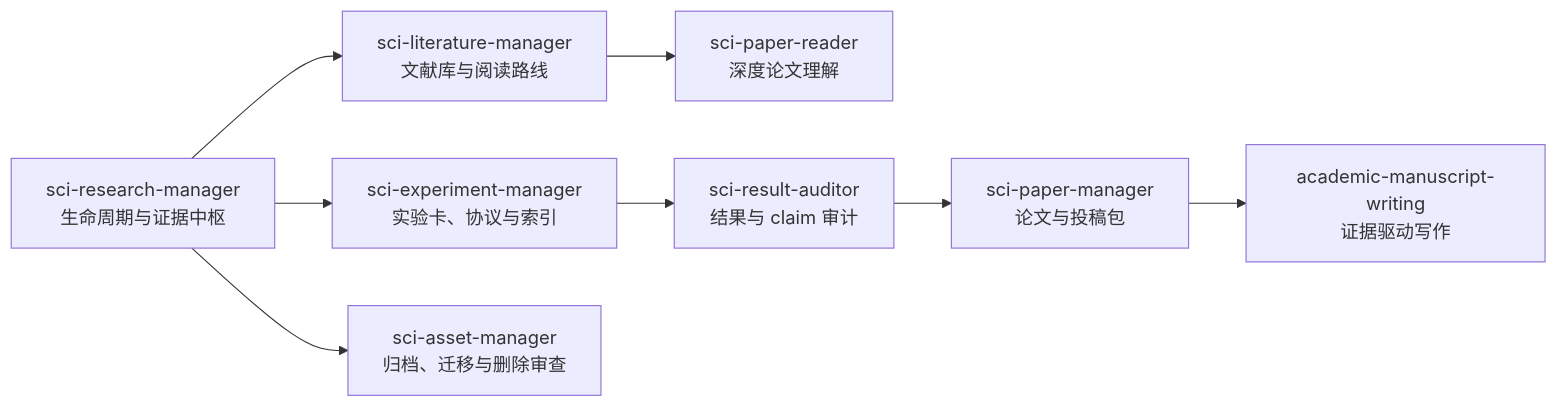
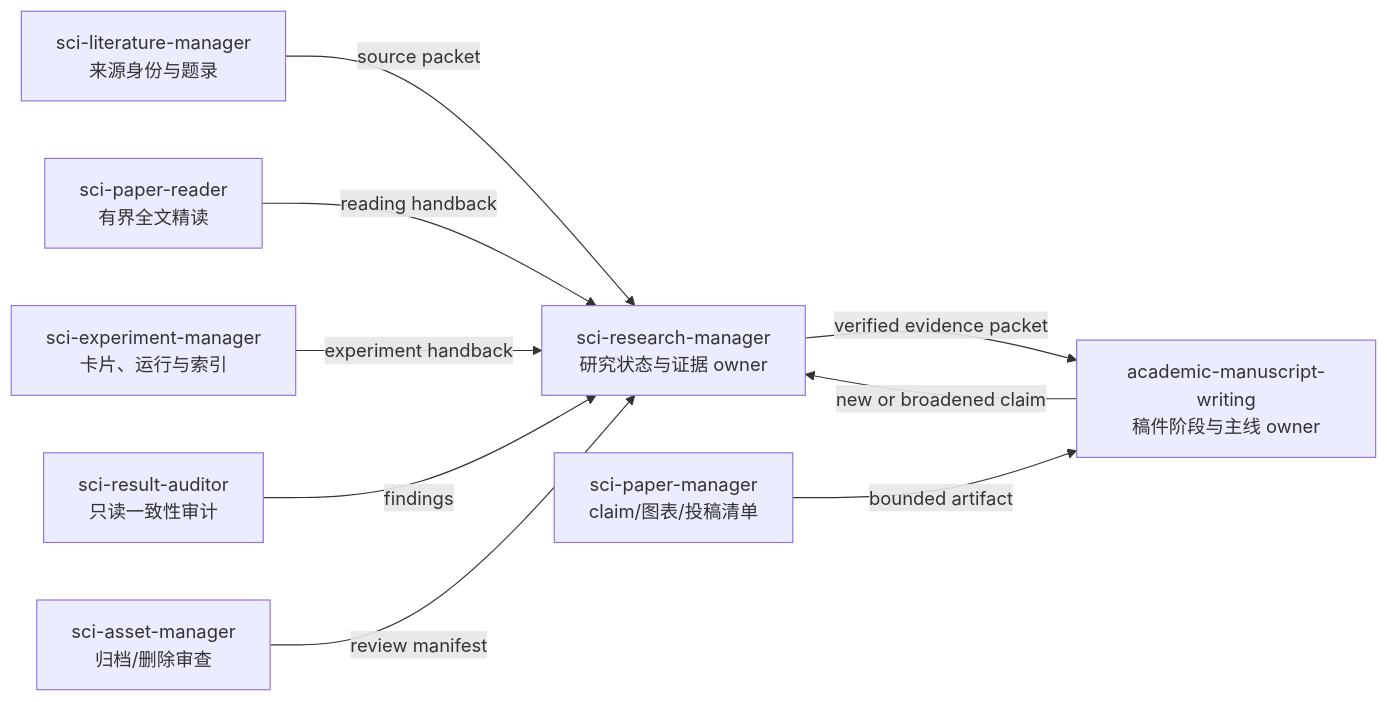
One commit to godzhiwzz-create/sci-research-codex-skills changed the diagram in README.md. Above: the diagram before and after it, drawn with Mermaid. The commit also changed other lines of this file and 52 other files, not shown here.

Commit message:
Upgrade research and manuscript lifecycles

````diff
--- a/README.md
+++ b/README.md
@@ -47,10 +58,11 @@
 ```mermaid
 flowchart LR
-  A["sci-research-manager<br/>生命周期与证据中枢"] --> B["sci-literature-manager<br/>文献库与阅读路线"]
-  B --> C["sci-paper-reader<br/>深度论文理解"]
-  A --> D["sci-experiment-manager<br/>实验卡、协议与索引"]
-  D --> E["sci-result-auditor<br/>结果与 claim 审计"]
-  E --> F["sci-paper-manager<br/>论文与投稿包"]
-  F --> G["academic-manuscript-writing<br/>证据驱动写作"]
-  A --> H["sci-asset-manager<br/>归档、迁移与删除审查"]
+  B["sci-literature-manager<br/>来源身份与题录"] -->|source packet| A["sci-research-manager<br/>研究状态与证据 owner"]
+  C["sci-paper-reader<br/>有界全文精读"] -->|reading handback| A
+  D["sci-experiment-manager<br/>卡片、运行与索引"] -->|experiment handback| A
+  E["sci-result-auditor<br/>只读一致性审计"] -->|findings| A
+  H["sci-asset-manager<br/>归档/删除审查"] -->|review manifest| A
+  A -->|verified evidence packet| G["academic-manuscript-writing<br/>稿件阶段与主线 owner"]
+  F["sci-paper-manager<br/>claim/图表/投稿清单"] -->|bounded artifact| G
+  G -->|new or broadened claim| A
 ```
````
